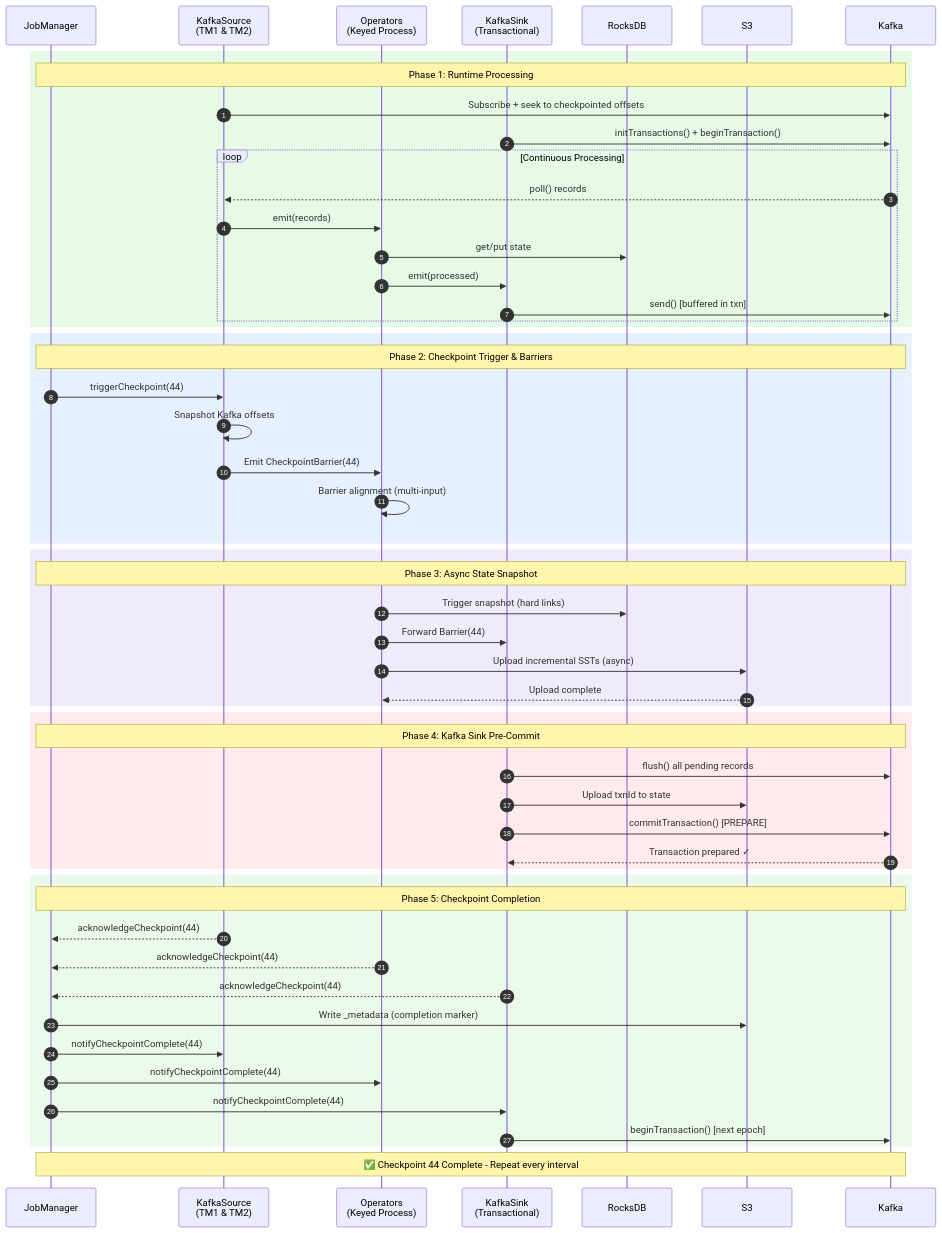
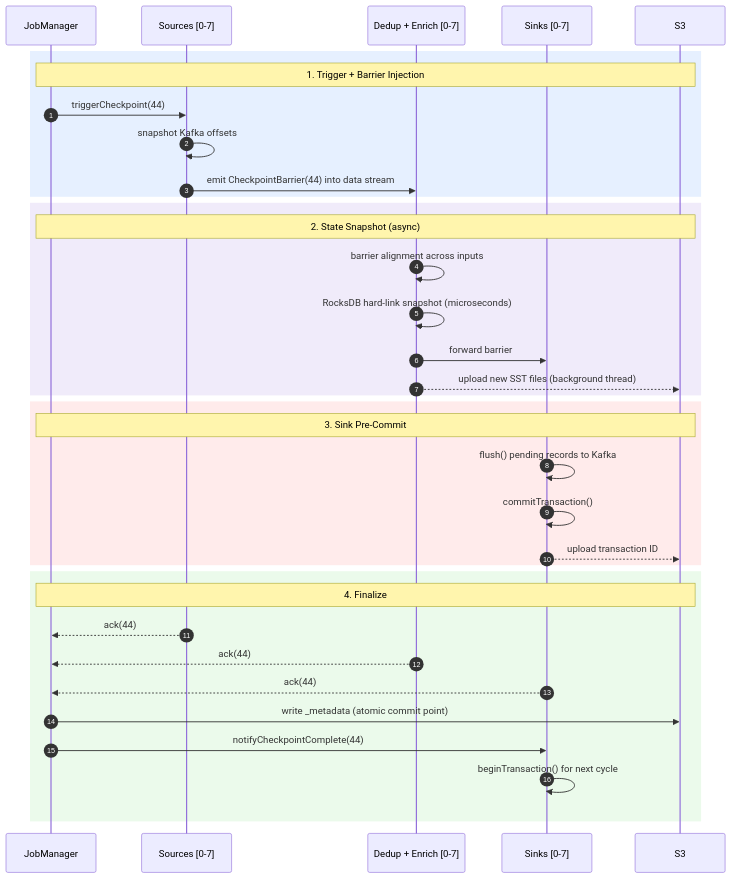
The diagram in src/content/blog/flink_operation.mdx (cuongkane/blog), drawn with Mermaid before and after one commit. The commit also changed other lines of this file and 3 other files, not shown here.

````diff
--- a/src/content/blog/flink_operation.mdx
+++ b/src/content/blog/flink_operation.mdx
@@ -490,66 +227,41 @@
 ```mermaid
 sequenceDiagram
     autonumber
-
     participant JM as JobManager
-    participant Src as KafkaSource<br/>(TM1 & TM2)
-    participant Op as Operators<br/>(Keyed Process)
-    participant Sink as KafkaSink<br/>(Transactional)
-    participant RocksDB as RocksDB
+    participant Src as Sources [0-7]
+    participant Op as Dedup + Enrich [0-7]
+    participant Sink as Sinks [0-7]
     participant S3 as S3
-    participant Kafka as Kafka
-
-    rect rgb(230, 250, 230)
-        Note over JM,Kafka: Phase 1: Runtime Processing
-        Src->>Kafka: Subscribe + seek to checkpointed offsets
-        Sink->>Kafka: initTransactions() + beginTransaction()
-
-        loop Continuous Processing
-            Kafka-->>Src: poll() records
-            Src->>Op: emit(records)
-            Op->>RocksDB: get/put state
-            Op->>Sink: emit(processed)
-            Sink->>Kafka: send() [buffered in txn]
-        end
-    end
 
     rect rgb(230, 240, 255)
-        Note over JM,Kafka: Phase 2: Checkpoint Trigger & Barriers
+        Note over JM,S3: 1. Trigger + Barrier Injection
         JM->>Src: triggerCheckpoint(44)
-        Src->>Src: Snapshot Kafka offsets
-        Src->>Op: Emit CheckpointBarrier(44)
-        Op->>Op: Barrier alignment (multi-input)
+        Src->>Src: snapshot Kafka offsets
+        Src->>Op: emit CheckpointBarrier(44) into data stream
     end
 
     rect rgb(240, 235, 250)
-        Note over JM,Kafka: Phase 3: Async State Snapshot
-        Op->>RocksDB: Trigger snapshot (hard links)
-        Op->>Sink: Forward Barrier(44)
-        Op->>S3: Upload incremental SSTs (async)
-        S3-->>Op: Upload complete
+        Note over JM,S3: 2. State Snapshot (async)
+        Op->>Op: barrier alignment across inputs
+        Op->>Op: RocksDB hard-link snapshot (microseconds)
+        Op->>Sink: forward barrier
+        Op-->>S3: upload new SST files (background thread)
     end
 
     rect rgb(255, 235, 235)
-        Note over JM,Kafka: Phase 4: Kafka Sink Pre-Commit
-        Sink->>Kafka: flush() all pending records
-        Sink->>S3: Upload txnId to state
-        Sink->>Kafka: commitTransaction() [PREPARE]
-        Kafka-->>Sink: Transaction prepared ✓
+        Note over JM,S3: 3. Sink Pre-Commit
+        Sink->>Sink: flush() pending records to Kafka
+        Sink->>Sink: commitTransaction()
+        Sink-->>S3: upload transaction ID
     end
 
     rect rgb(235, 250, 235)
-        Note over JM,Kafka: Phase 5: Checkpoint Completion
-        Src-->>JM: acknowledgeCheckpoint(44)
-        Op-->>JM: acknowledgeCheckpoint(44)
-        Sink-->>JM: acknowledgeCheckpoint(44)
-
-        JM->>S3: Write _metadata (completion marker)
-        JM->>Src: notifyCheckpointComplete(44)
-        JM->>Op: notifyCheckpointComplete(44)
+        Note over JM,S3: 4. Finalize
+        Src-->>JM: ack(44)
+        Op-->>JM: ack(44)
+        Sink-->>JM: ack(44)
+        JM->>S3: write _metadata (atomic commit point)
         JM->>Sink: notifyCheckpointComplete(44)
-
-        Sink->>Kafka: beginTransaction() [next epoch]
+        Sink->>Sink: beginTransaction() for next cycle
     end
-
-    Note over JM,Kafka: ✅ Checkpoint 44 Complete - Repeat every interval
 ```
````
